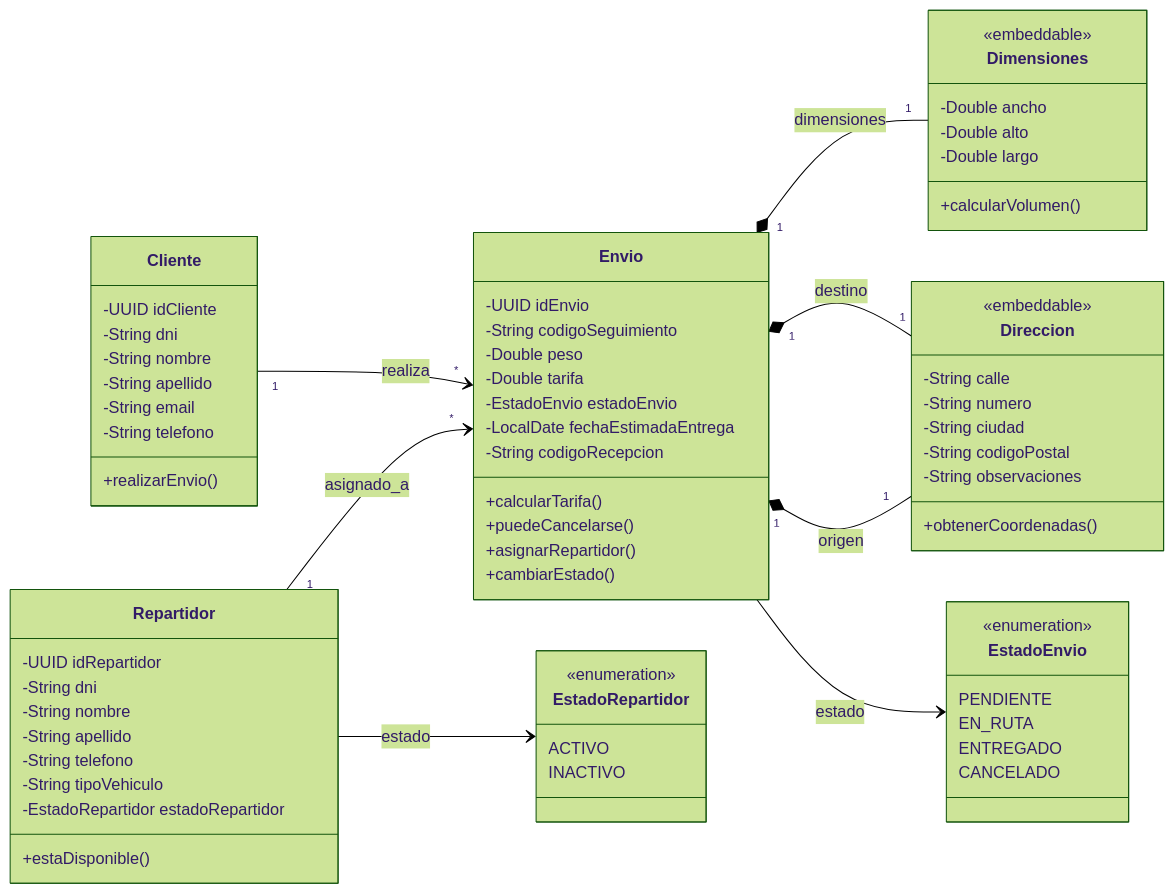
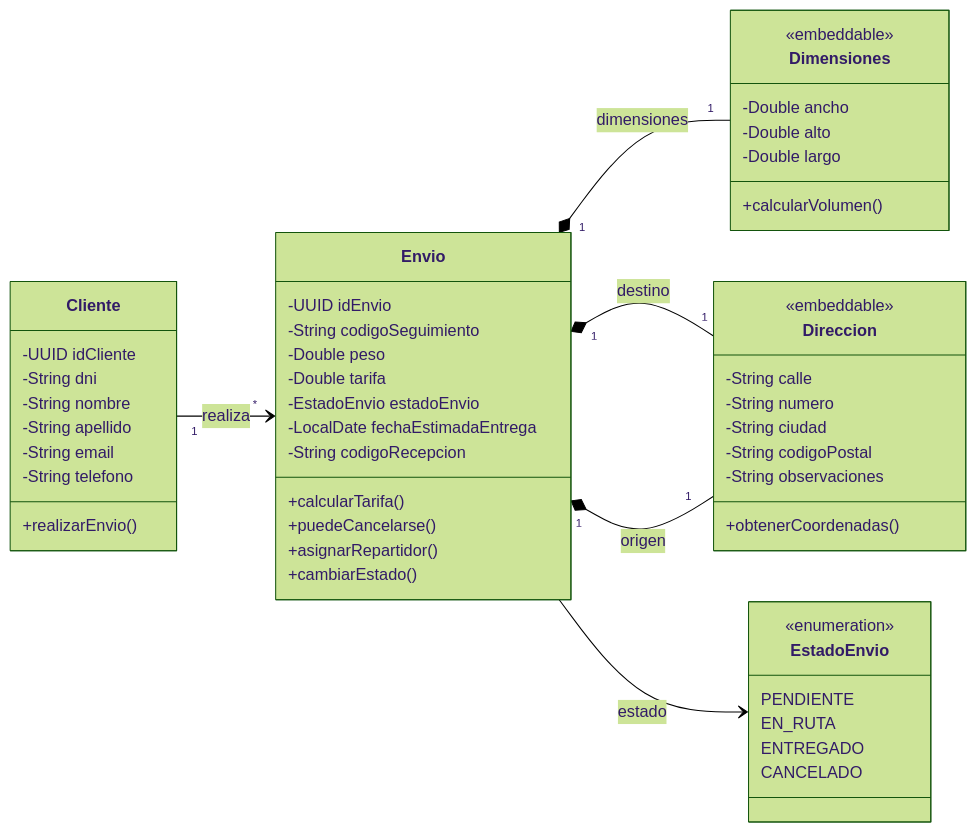
One commit to Logitrack-Penguin/shipment-service changed the diagram in README.md. Above: the diagram before and after it, drawn with Mermaid (forest theme). The commit also changed other lines of this file, not shown here.

````diff
--- a/README.md
+++ b/README.md
@@ -16,81 +16,62 @@
 ```mermaid
 classDiagram
     direction LR
 
     class Cliente {
         -UUID idCliente
         -String dni
         -String nombre
         -String apellido
         -String email
         -String telefono
         +realizarEnvio()
     }
 
-    class Repartidor {
-        -UUID idRepartidor
-        -String dni
-        -String nombre
-        -String apellido
-        -String telefono
-        -String tipoVehiculo
-        -EstadoRepartidor estadoRepartidor
-        +estaDisponible()
-    }
 
     class Envio {
         -UUID idEnvio
         -String codigoSeguimiento
         -Double peso
         -Double tarifa
         -EstadoEnvio estadoEnvio
         -LocalDate fechaEstimadaEntrega
         -String codigoRecepcion
         +calcularTarifa()
         +puedeCancelarse()
         +asignarRepartidor()
         +cambiarEstado()
     }
 
     class Dimensiones {
         <<embeddable>>
         -Double ancho
         -Double alto
         -Double largo
         +calcularVolumen()
     }
 
     class Direccion {
         <<embeddable>>
         -String calle
         -String numero
         -String ciudad
         -String codigoPostal
         -String observaciones
         +obtenerCoordenadas()
     }
 
-    class EstadoRepartidor {
-        <<enumeration>>
-        ACTIVO
-        INACTIVO
-    }
-
     class EstadoEnvio {
         <<enumeration>>
         PENDIENTE
         EN_RUTA
         ENTREGADO
         CANCELADO
     }
 
     %% Relaciones
     Cliente "1" --> "*" Envio : realiza
-    Repartidor "1" --> "*" Envio : asignado_a
-    Repartidor --> EstadoRepartidor : estado
-    
     Envio "1" *-- "1" Dimensiones : dimensiones
     Envio "1" *-- "1" Direccion : destino
     Envio "1" *-- "1" Direccion : origen
     Envio --> EstadoEnvio : estado
 ```
````
